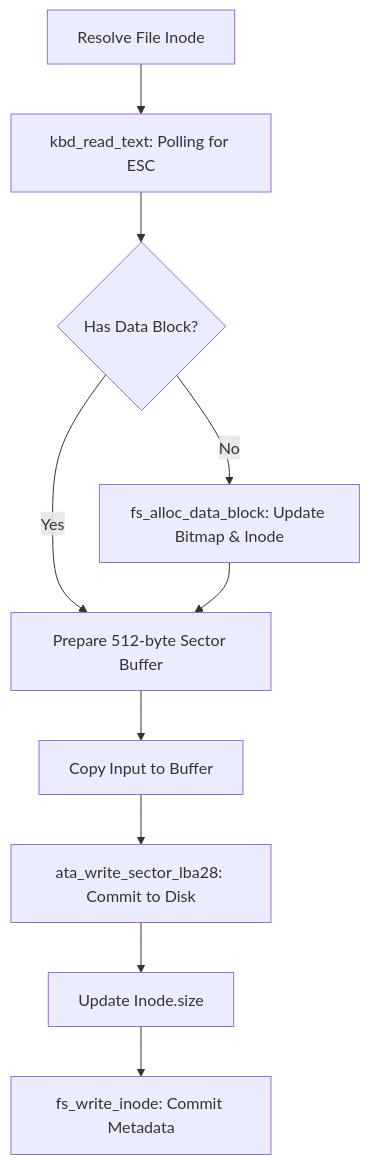
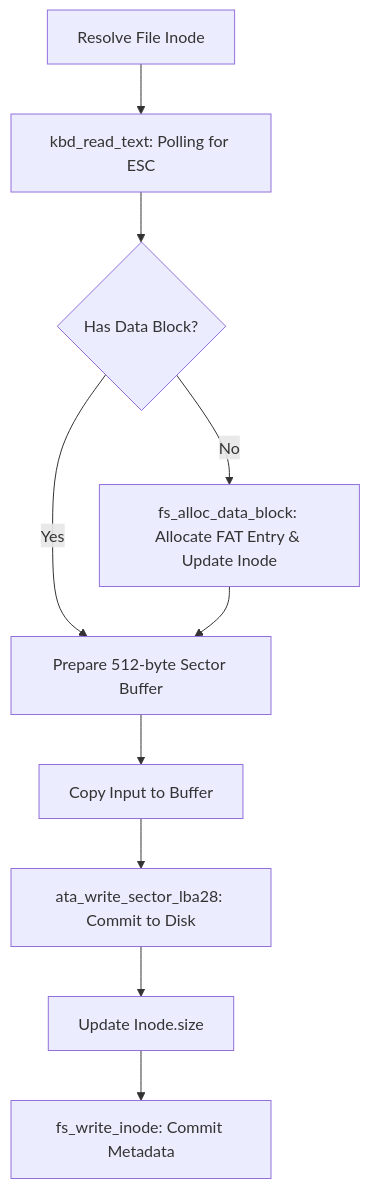
One commit to charlestsaur/MINI-OS changed the eighth of 8 diagrams in docs/Flowchart.md. Above: the diagram before and after it, drawn with Mermaid. The commit also changed other lines of this file and 21 other files, not shown here.

````diff
--- a/docs/Flowchart.md
+++ b/docs/Flowchart.md
@@ -176,12 +178,12 @@
 ```mermaid
 graph TD
     A[Resolve File Inode] --> B[kbd_read_text: Polling for ESC]
     B --> C{Has Data Block?}
-    C -- No --> D[fs_alloc_data_block: Update Bitmap & Inode]
+    C -- No --> D[fs_alloc_data_block: Allocate FAT Entry & Update Inode]
     C -- Yes --> E[Prepare 512-byte Sector Buffer]
     D --> E
     E --> F[Copy Input to Buffer]
     F --> G[ata_write_sector_lba28: Commit to Disk]
     G --> H[Update Inode.size]
     H --> I[fs_write_inode: Commit Metadata]
 ```
````
